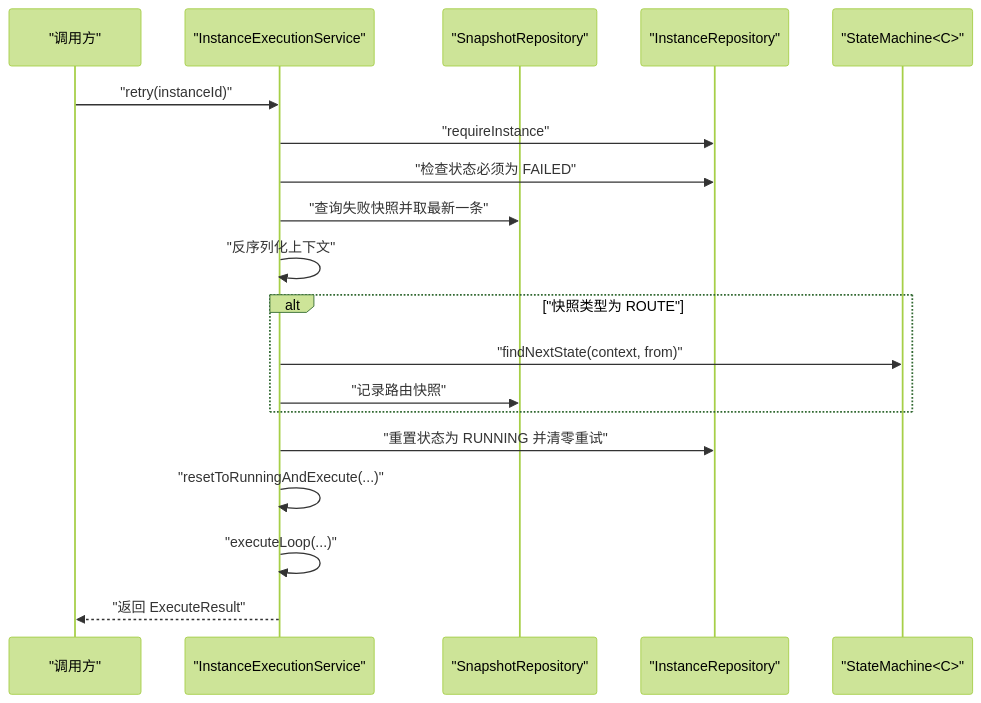
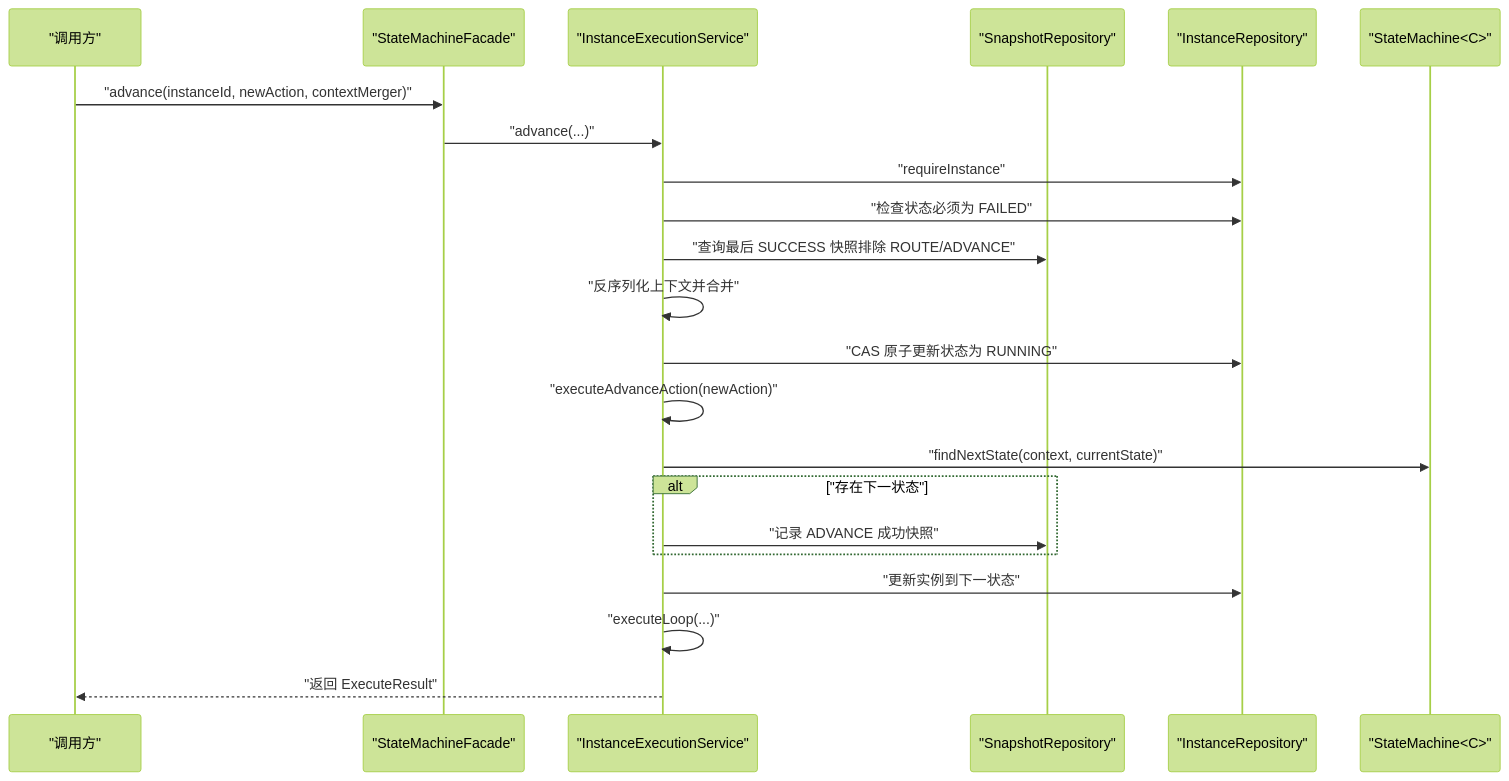
Before and after one commit to xiaoche80s-tech/state-machine-parent: the eighth of 9 diagrams in .qoder/repowiki/zh/content/执行引擎/实例执行服务.md, drawn with Mermaid (forest theme). The commit also changed other lines of this file and 7 other files, not shown here.

````diff
--- a/.qoder/repowiki/zh/content/执行引擎/实例执行服务.md
+++ b/.qoder/repowiki/zh/content/执行引擎/实例执行服务.md
@@ -379,21 +401,24 @@
 ```mermaid
 sequenceDiagram
 participant Caller as "调用方"
+participant Facade as "StateMachineFacade"
 participant Svc as "InstanceExecutionService"
 participant RepoSnap as "SnapshotRepository"
 participant RepoInst as "InstanceRepository"
 participant Engine as "StateMachine<C>"
-Caller->>Svc : "retry(instanceId)"
+Caller->>Facade : "advance(instanceId, newAction, contextMerger)"
+Facade->>Svc : "advance(...)"
 Svc->>RepoInst : "requireInstance"
 Svc->>RepoInst : "检查状态必须为 FAILED"
-Svc->>RepoSnap : "查询失败快照并取最新一条"
-Svc->>Svc : "反序列化上下文"
-alt "快照类型为 ROUTE"
-Svc->>Engine : "findNextState(context, from)"
-Svc->>RepoSnap : "记录路由快照"
+Svc->>RepoSnap : "查询最后 SUCCESS 快照排除 ROUTE/ADVANCE"
+Svc->>Svc : "反序列化上下文并合并"
+Svc->>RepoInst : "CAS 原子更新状态为 RUNNING"
+Svc->>Svc : "executeAdvanceAction(newAction)"
+Svc->>Engine : "findNextState(context, currentState)"
+alt "存在下一状态"
+Svc->>RepoSnap : "记录 ADVANCE 成功快照"
 end
-Svc->>RepoInst : "重置状态为 RUNNING 并清零重试"
-Svc->>Svc : "resetToRunningAndExecute(...)"
+Svc->>RepoInst : "更新实例到下一状态"
 Svc->>Svc : "executeLoop(...)"
 Svc-->>Caller : "返回 ExecuteResult"
 ```
````
